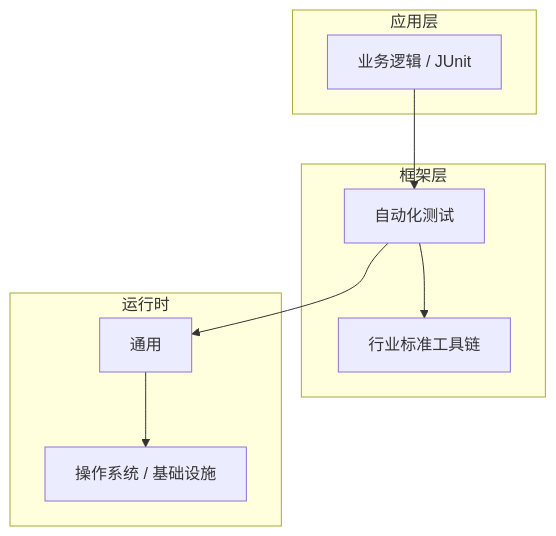
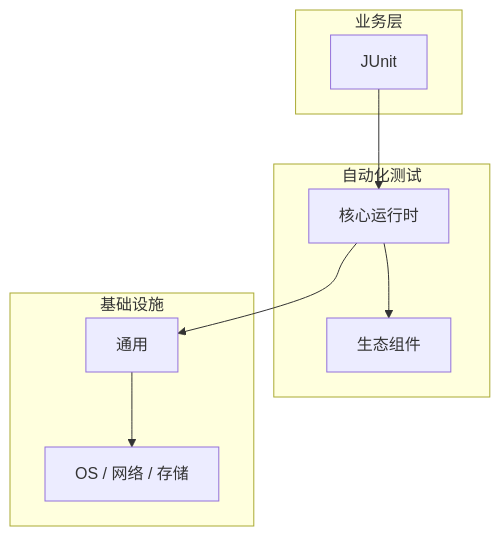
The diagram in articles/自动化测试/chapters/043-JUnit核心概念与原理.md (yanggan2015/knowledge-json-v2), drawn with Mermaid before and after one commit. The commit also changed other lines of this file and 10127 other files, not shown here.

````diff
--- a/articles/自动化测试/chapters/043-JUnit核心概念与原理.md
+++ b/articles/自动化测试/chapters/043-JUnit核心概念与原理.md
@@ -45,18 +34,18 @@
 ```mermaid
 graph TB
-    subgraph 应用层
-        A[业务逻辑 / JUnit]
+    subgraph 业务层
+        A[JUnit]
     end
-    subgraph 框架层
-        B[自动化测试]
-        C[行业标准工具链]
+    subgraph 自动化测试
+        B[核心运行时]
+        C[生态组件]
     end
-    subgraph 运行时
+    subgraph 基础设施
         D[通用]
-        E[操作系统 / 基础设施]
+        E[OS / 网络 / 存储]
     end
     A --> B
     B --> C
     B --> D
     D --> E
 ```
````
